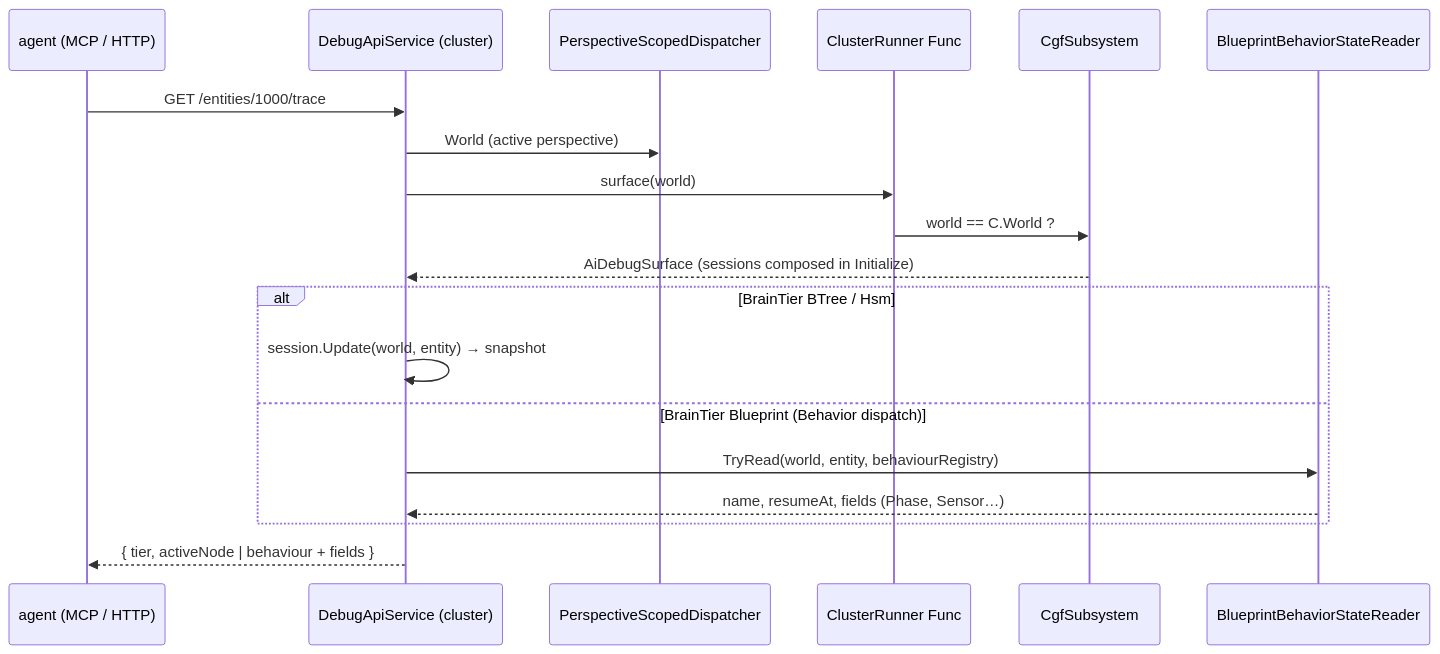
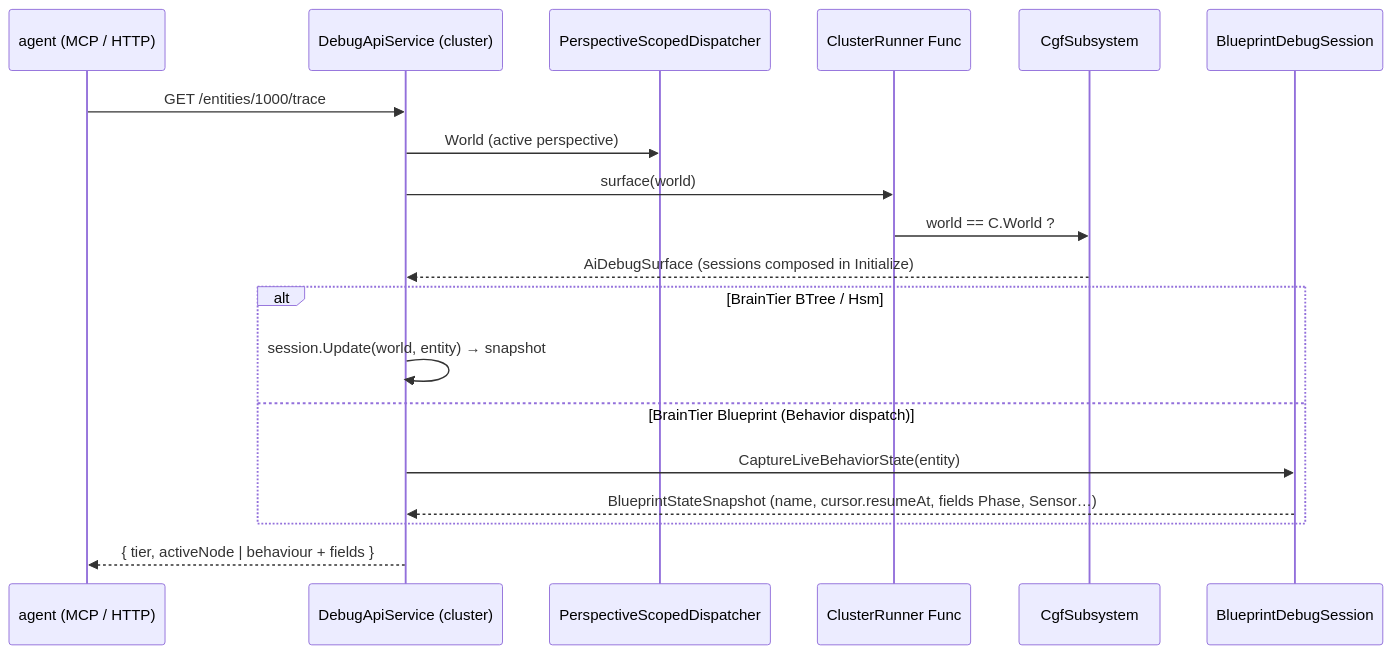
The second of 3 diagrams in docs/blueprints/DESIGN_Cluster_Ai_Debug_Surface.md (pjanec/HROT), drawn with Mermaid before and after one commit. The commit also changed other lines of this file and 16 other files, not shown here.

````diff
--- a/docs/blueprints/DESIGN_Cluster_Ai_Debug_Surface.md
+++ b/docs/blueprints/DESIGN_Cluster_Ai_Debug_Surface.md
@@ -108,21 +117,21 @@
 ```mermaid
 sequenceDiagram
     participant A as agent (MCP / HTTP)
     participant D as DebugApiService (cluster)
     participant P as PerspectiveScopedDispatcher
     participant R as ClusterRunner Func
     participant C as CgfSubsystem
-    participant S as BlueprintBehaviorStateReader
+    participant S as BlueprintDebugSession
     A->>D: GET /entities/1000/trace
     D->>P: World (active perspective)
     D->>R: surface(world)
     R->>C: world == C.World ?
     C-->>D: AiDebugSurface (sessions composed in Initialize)
     alt BrainTier BTree / Hsm
         D->>D: session.Update(world, entity) → snapshot
     else BrainTier Blueprint (Behavior dispatch)
-        D->>S: TryRead(world, entity, behaviourRegistry)
-        S-->>D: name, resumeAt, fields (Phase, Sensor…)
+        D->>S: CaptureLiveBehaviorState(entity)
+        S-->>D: BlueprintStateSnapshot (name, cursor.resumeAt, fields Phase, Sensor…)
     end
     D-->>A: { tier, activeNode | behaviour + fields }
 ```
````
